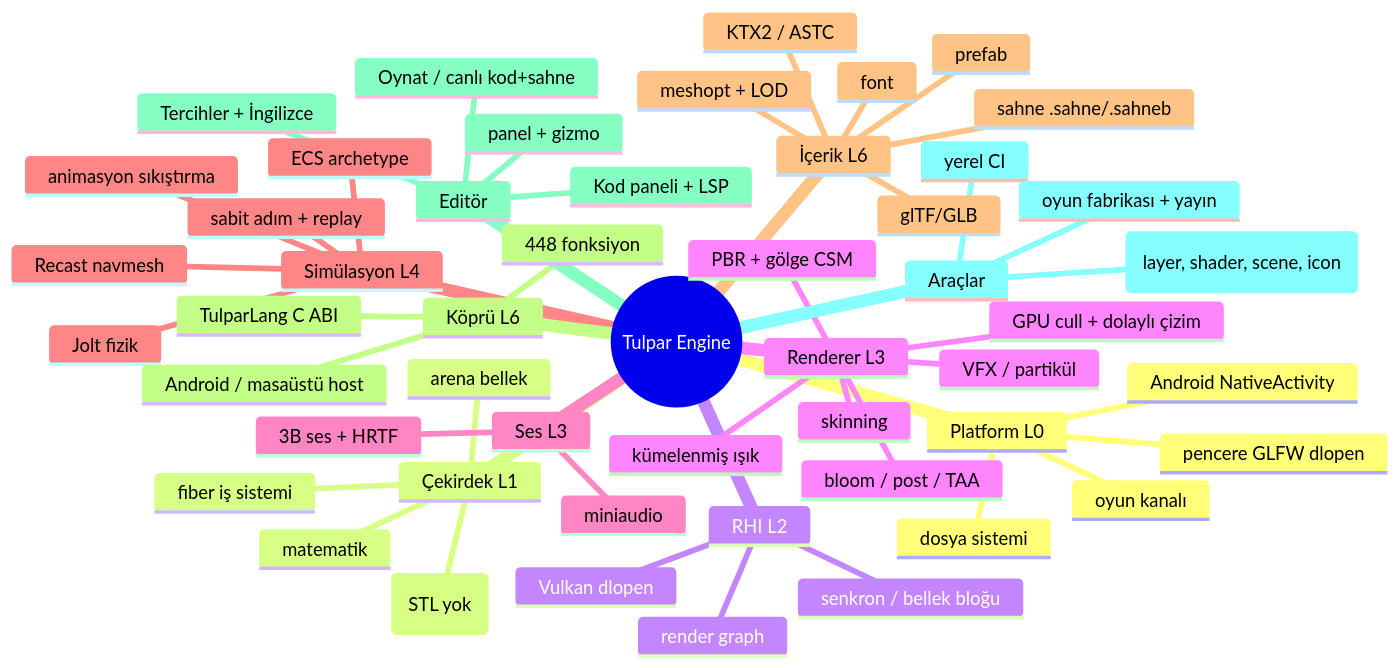
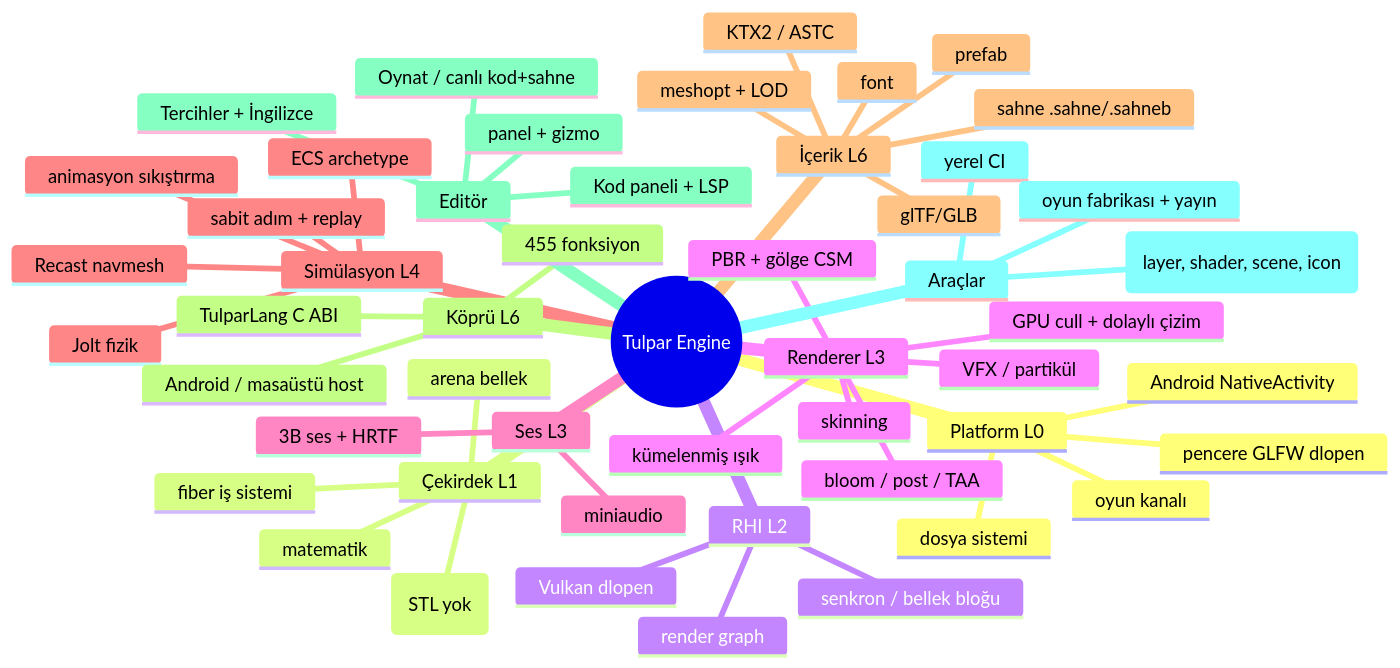
The diagram in docs/OZELLIK-HARITASI.md (hamer1818/tulpar-engine), drawn with Mermaid before and after one commit. The commit also changed other lines of this file and 13 other files, not shown here.

````diff
--- a/docs/OZELLIK-HARITASI.md
+++ b/docs/OZELLIK-HARITASI.md
@@ -10,54 +10,54 @@
 ```mermaid
 mindmap
   root((Tulpar Engine))
     Platform L0
       pencere GLFW dlopen
       dosya sistemi
       Android NativeActivity
       oyun kanalı
     Çekirdek L1
       fiber iş sistemi
       arena bellek
       matematik
       konteynerler (STL yok)
     RHI L2
       Vulkan dlopen
       render graph
       senkron / bellek bloğu
     Renderer L3
       PBR + gölge CSM
       bloom / post / TAA
       GPU cull + dolaylı çizim
       kümelenmiş ışık
       skinning
       VFX / partikül
     Ses L3
       miniaudio
       3B ses + HRTF
     Simülasyon L4
       ECS archetype
       Jolt fizik
       Recast navmesh
       animasyon sıkıştırma
       sabit adım + replay
     İçerik L6
       glTF/GLB
       sahne .sahne/.sahneb
       KTX2 / ASTC
       meshopt + LOD
       font
       prefab
     Köprü L6
       TulparLang C ABI
-      448 fonksiyon
+      455 fonksiyon
       Android / masaüstü host
     Editör
       panel + gizmo
       Kod paneli + LSP
       Oynat / canlı kod+sahne
       Tercihler + İngilizce
     Araçlar
       kapılar (layer, shader, scene, icon)
       yerel CI
       oyun fabrikası + yayın
 ```
````
